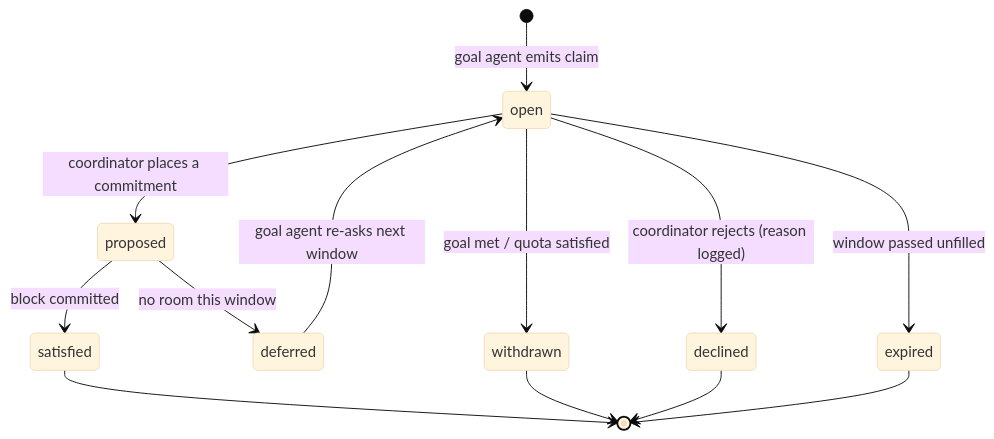
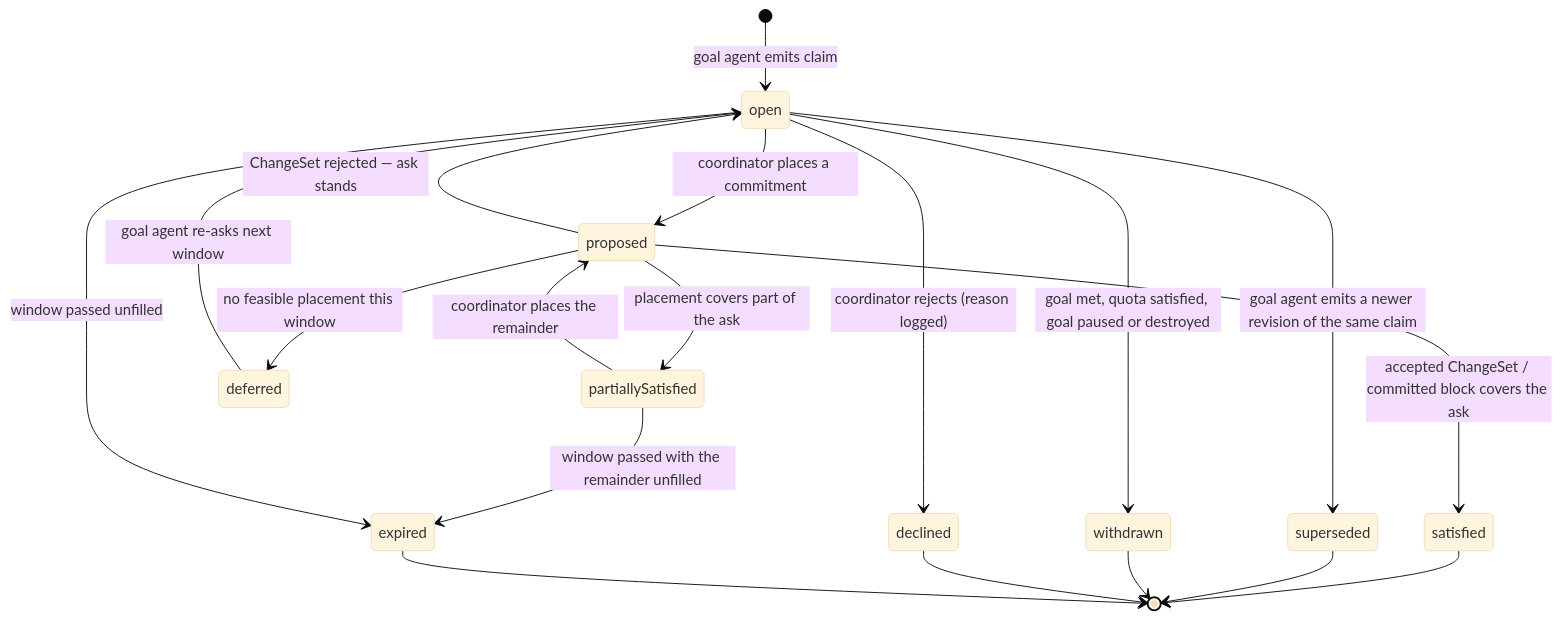
One commit to matthiasn/lotti changed the fourth of 4 diagrams in docs/implementation_plans/2026-08-13_goal_planner_negotiation.md. Above: the diagram before and after it, drawn with Mermaid (base theme). The commit also changed other lines of this file, not shown here.

````diff
--- a/docs/implementation_plans/2026-08-13_goal_planner_negotiation.md
+++ b/docs/implementation_plans/2026-08-13_goal_planner_negotiation.md
@@ -163,15 +178,21 @@
 ```mermaid
 stateDiagram-v2
   [*] --> open: goal agent emits claim
   open --> proposed: coordinator places a commitment
-  proposed --> satisfied: block committed
-  proposed --> deferred: no room this window
+  proposed --> satisfied: accepted ChangeSet / committed block covers the ask
+  proposed --> partiallySatisfied: placement covers part of the ask
+  proposed --> deferred: no feasible placement this window
+  proposed --> open: ChangeSet rejected — ask stands
+  partiallySatisfied --> proposed: coordinator places the remainder
+  partiallySatisfied --> expired: window passed with the remainder unfilled
   deferred --> open: goal agent re-asks next window
-  open --> withdrawn: goal met / quota satisfied
+  open --> superseded: goal agent emits a newer revision of the same claim
+  open --> withdrawn: goal met, quota satisfied, goal paused or destroyed
   open --> declined: coordinator rejects (reason logged)
   open --> expired: window passed unfilled
   satisfied --> [*]
+  superseded --> [*]
   withdrawn --> [*]
   declined --> [*]
   expired --> [*]
 ```
````
